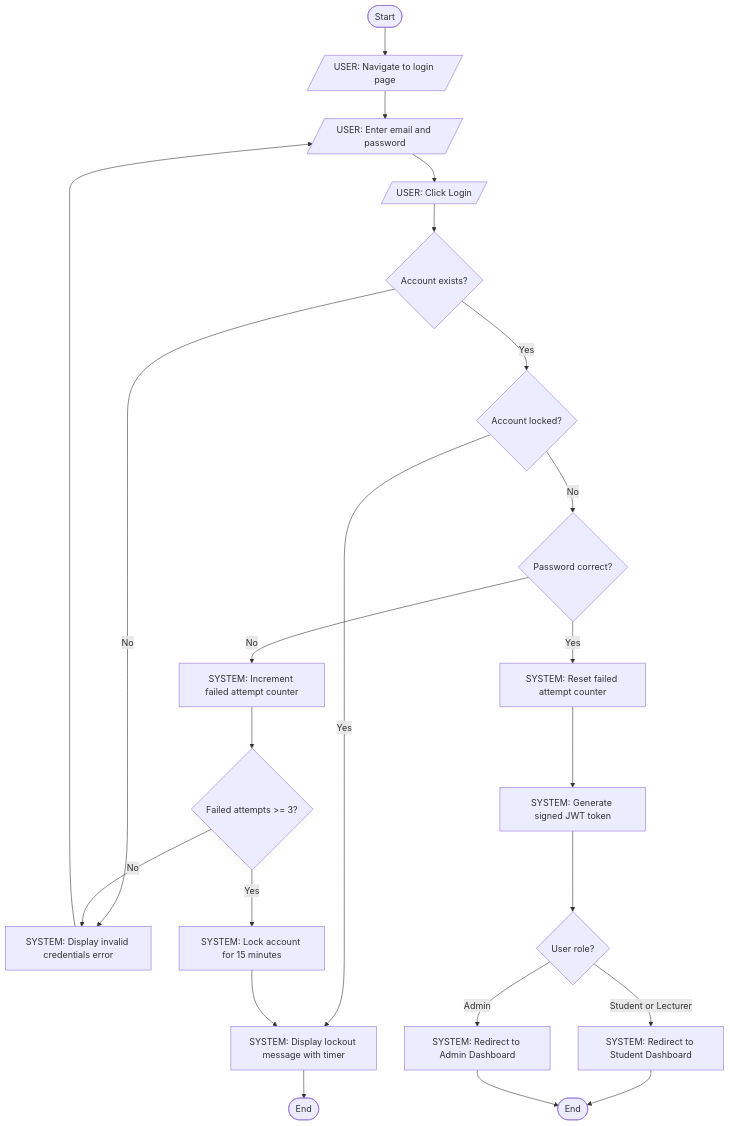
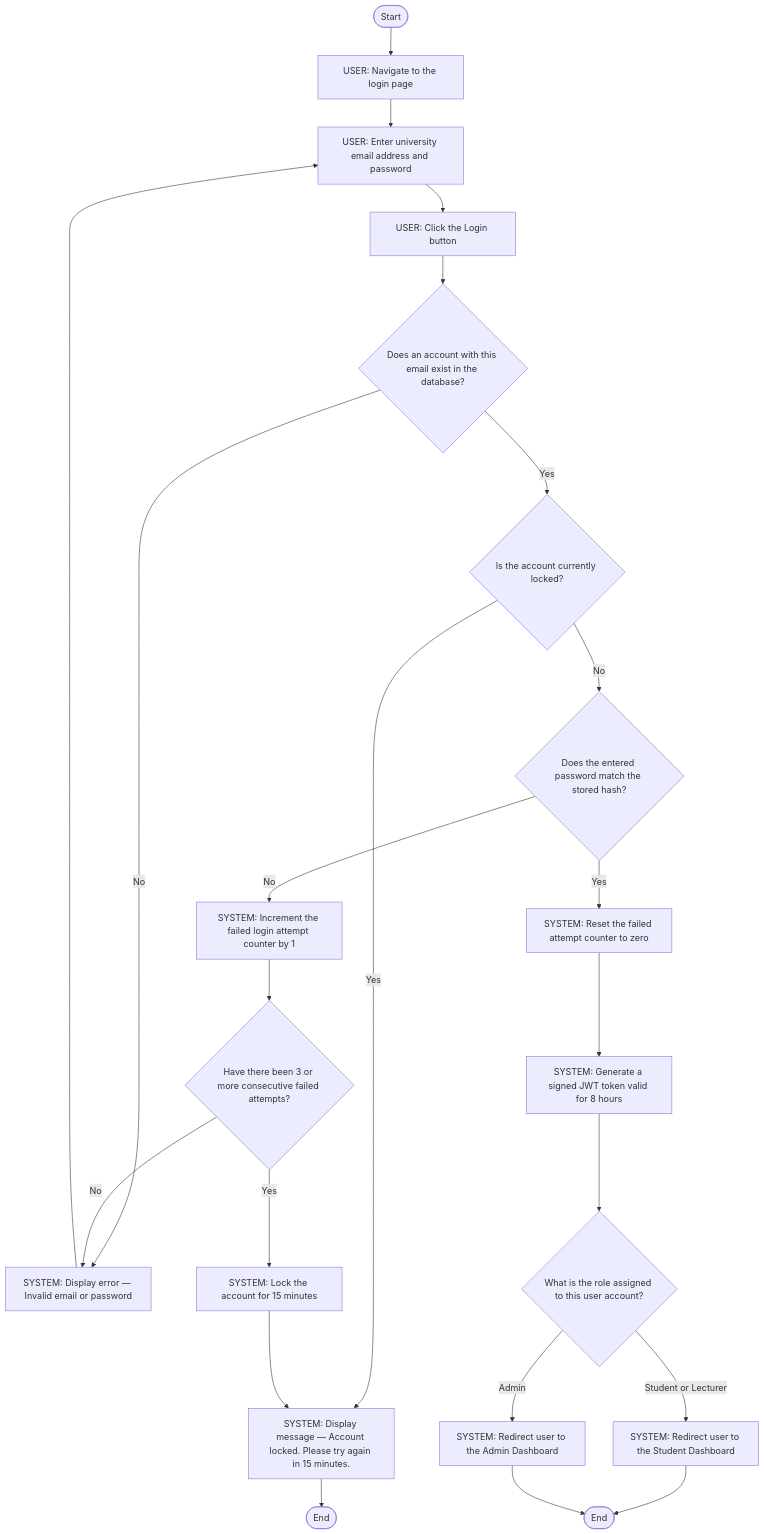
The second of 8 diagrams in ACTIVITY_DIAGRAMS.md (Skiet88/campus-lost-and-found), drawn with Mermaid before and after one commit. The commit also changed other lines of this file, not shown here.

````diff
--- a/ACTIVITY_DIAGRAMS.md
+++ b/ACTIVITY_DIAGRAMS.md
@@ -52,27 +51,26 @@
 ```mermaid
 flowchart TD
-    S([Start]) --> A
-
-    A[/"USER: Navigate to login page"/]
-    A --> B[/"USER: Enter email and password"/]
-    B --> C[/"USER: Click Login"/]
-    C --> D{Account exists?}
-    D -->|No| E["SYSTEM: Display invalid credentials error"]
-    E --> B
-    D -->|Yes| F{Account locked?}
-    F -->|Yes| G["SYSTEM: Display lockout message with timer"]
-    G --> E1([End])
-    F -->|No| H{Password correct?}
-    H -->|No| I["SYSTEM: Increment failed attempt counter"]
-    I --> J{Failed attempts >= 3?}
-    J -->|Yes| K["SYSTEM: Lock account for 15 minutes"]
-    K --> G
-    J -->|No| E
-    H -->|Yes| L["SYSTEM: Reset failed attempt counter"]
-    L --> M["SYSTEM: Generate signed JWT token"]
-    M --> N{User role?}
-    N -->|Student or Lecturer| O["SYSTEM: Redirect to Student Dashboard"]
-    N -->|Admin| P["SYSTEM: Redirect to Admin Dashboard"]
-    O --> E2([End])
-    P --> E2
+    S([Start]) --> A1
+    A1["USER: Navigate to the login page"]
+    A1 --> A2["USER: Enter university email address and password"]
+    A2 --> A3["USER: Click the Login button"]
+    A3 --> D1{Does an account with this email exist in the database?}
+    D1 -->|No| A4["SYSTEM: Display error — Invalid email or password"]
+    A4 --> A2
+    D1 -->|Yes| D2{Is the account currently locked?}
+    D2 -->|Yes| A5["SYSTEM: Display message — Account locked. Please try again in 15 minutes."]
+    A5 --> E1([End])
+    D2 -->|No| D3{Does the entered password match the stored hash?}
+    D3 -->|No| A6["SYSTEM: Increment the failed login attempt counter by 1"]
+    A6 --> D4{Have there been 3 or more consecutive failed attempts?}
+    D4 -->|Yes| A7["SYSTEM: Lock the account for 15 minutes"]
+    A7 --> A5
+    D4 -->|No| A4
+    D3 -->|Yes| A8["SYSTEM: Reset the failed attempt counter to zero"]
+    A8 --> A9["SYSTEM: Generate a signed JWT token valid for 8 hours"]
+    A9 --> D5{What is the role assigned to this user account?}
+    D5 -->|Student or Lecturer| A10["SYSTEM: Redirect user to the Student Dashboard"]
+    D5 -->|Admin| A11["SYSTEM: Redirect user to the Admin Dashboard"]
+    A10 --> E2([End])
+    A11 --> E2
 ```
````
